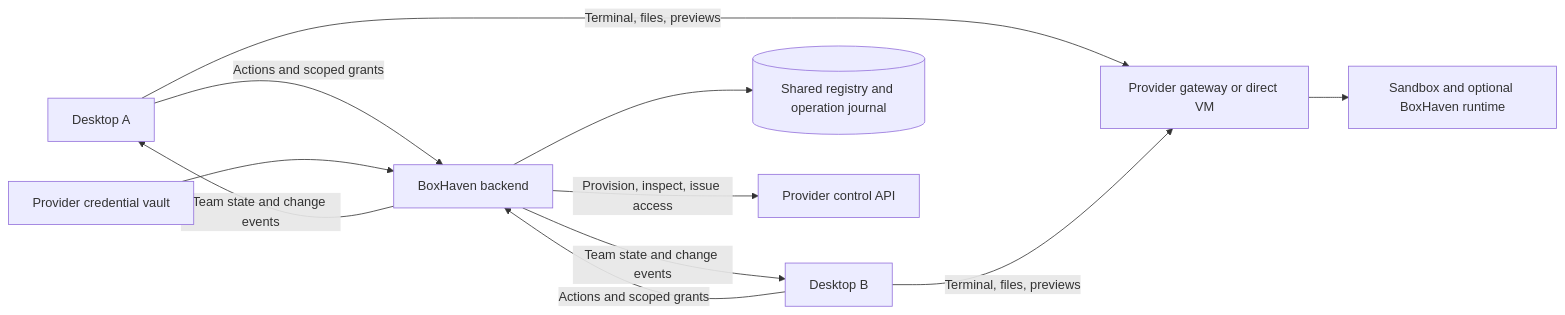
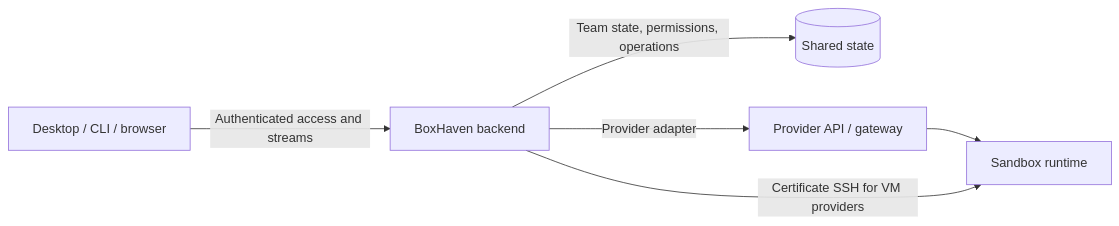
Before and after one commit to finbarr/boxhaven: the diagram in SANDBOX-CONNECTORS.md, drawn with Mermaid. The commit also changed other lines of this file and 43 other files, not shown here.

Commit message:
feat: relay provider access through the backend and unify shared Boxes

````diff
--- a/SANDBOX-CONNECTORS.md
+++ b/SANDBOX-CONNECTORS.md
@@ -223,13 +13,8 @@
 ```mermaid
 flowchart LR
-  A[Desktop A] -->|Actions and scoped grants| BH[BoxHaven backend]
-  B[Desktop B] -->|Actions and scoped grants| BH
-  BH -->|Team state and change events| A
-  BH -->|Team state and change events| B
-  BH --> DB[(Shared registry and operation journal)]
-  VAULT[Provider credential vault] --> BH
-  BH -->|Provision, inspect, issue access| API[Provider control API]
-  A -->|Terminal, files, previews| EDGE[Provider gateway or direct VM]
-  B -->|Terminal, files, previews| EDGE
-  EDGE --> VM[Sandbox and optional BoxHaven runtime]
+  C[Desktop / CLI / browser] -->|Authenticated access and streams| B[BoxHaven backend]
+  B -->|Team state, permissions, operations| DB[(Shared state)]
+  B -->|Provider adapter| P[Provider API / gateway]
+  P --> R[Sandbox runtime]
+  B -->|Certificate SSH for VM providers| R
 ```
````
